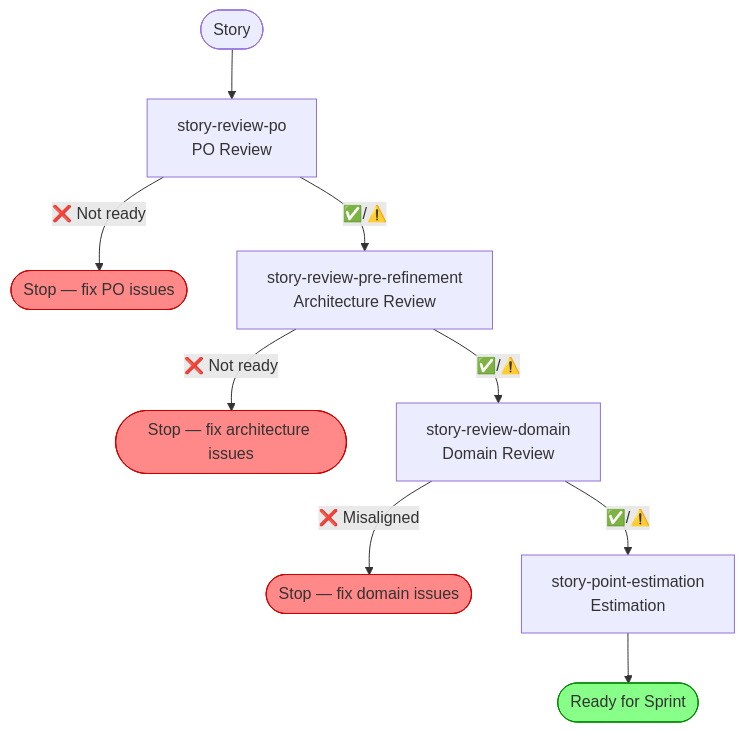
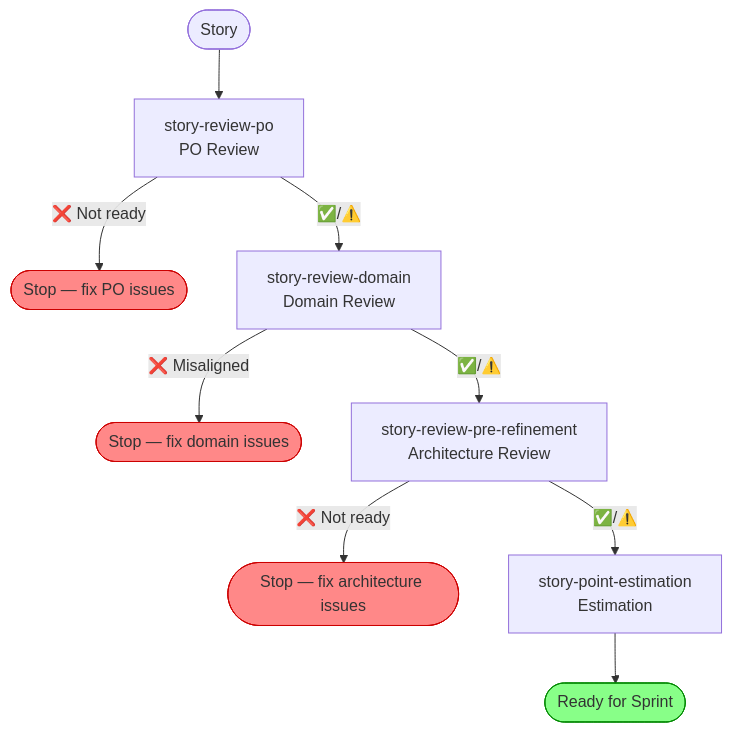
Before and after one commit to JSdotNet/Copilot: the first of 2 diagrams in plugins/fincent/README.md, drawn with Mermaid. The commit also changed other lines of this file and 2 other files, not shown here.

Commit message:
refactor(fincent): reverse domain and architecture review order in pipeline
New pipeline order: PO → Domain → Pre-Refinement (Architecture) → Estimation

Changes:
- story-review-domain: gate now requires only PO ✅/⚠️ (was PO + arch)
- story-review-domain: 'next step' now points to pre-refinement
- story-review-pre-refinement: gate now requires PO ✅/⚠️ + domain ✅/⚠️
- story-review-pre-refinement: purpose updated; input expectations updated;
  gate check step updated; 'next step' now points to estimation
- README: flowchart and skill table updated to reflect new order

````diff
--- a/plugins/fincent/README.md
+++ b/plugins/fincent/README.md
@@ -11,16 +11,16 @@
 ```mermaid
 flowchart TD
     A([Story]) --> B[story-review-po\nPO Review]
     B -->|❌ Not ready| B_STOP([Stop — fix PO issues])
-    B -->|✅/⚠️| C[story-review-pre-refinement\nArchitecture Review]
-    C -->|❌ Not ready| C_STOP([Stop — fix architecture issues])
-    C -->|✅/⚠️| D[story-review-domain\nDomain Review]
-    D -->|❌ Misaligned| D_STOP([Stop — fix domain issues])
+    B -->|✅/⚠️| C[story-review-domain\nDomain Review]
+    C -->|❌ Misaligned| C_STOP([Stop — fix domain issues])
+    C -->|✅/⚠️| D[story-review-pre-refinement\nArchitecture Review]
+    D -->|❌ Not ready| D_STOP([Stop — fix architecture issues])
     D -->|✅/⚠️| E[story-point-estimation\nEstimation]
     E --> F([Ready for Sprint])
 
     style B_STOP fill:#f88,stroke:#c00
     style C_STOP fill:#f88,stroke:#c00
     style D_STOP fill:#f88,stroke:#c00
     style F fill:#8f8,stroke:#080
 ```
````
